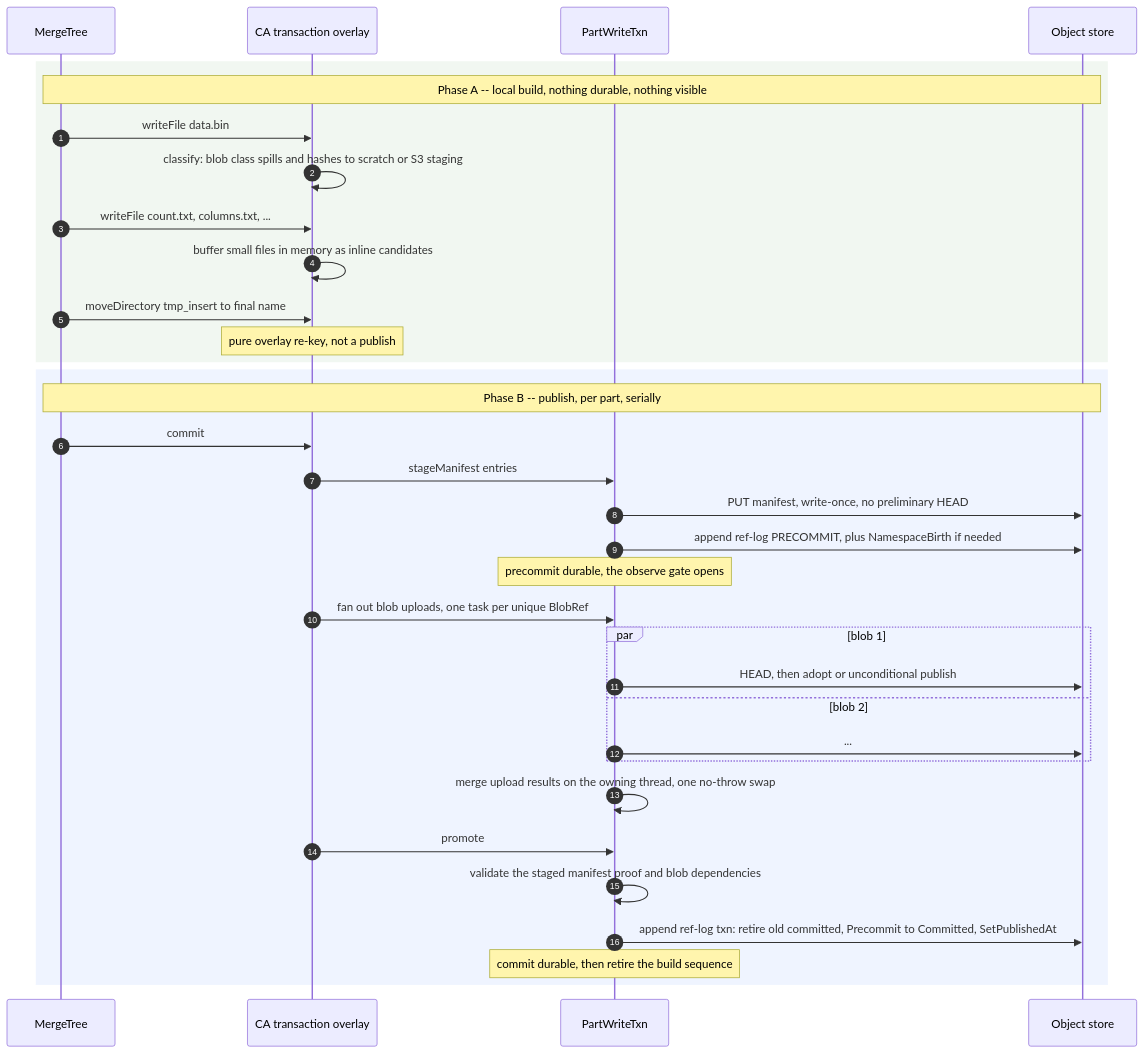
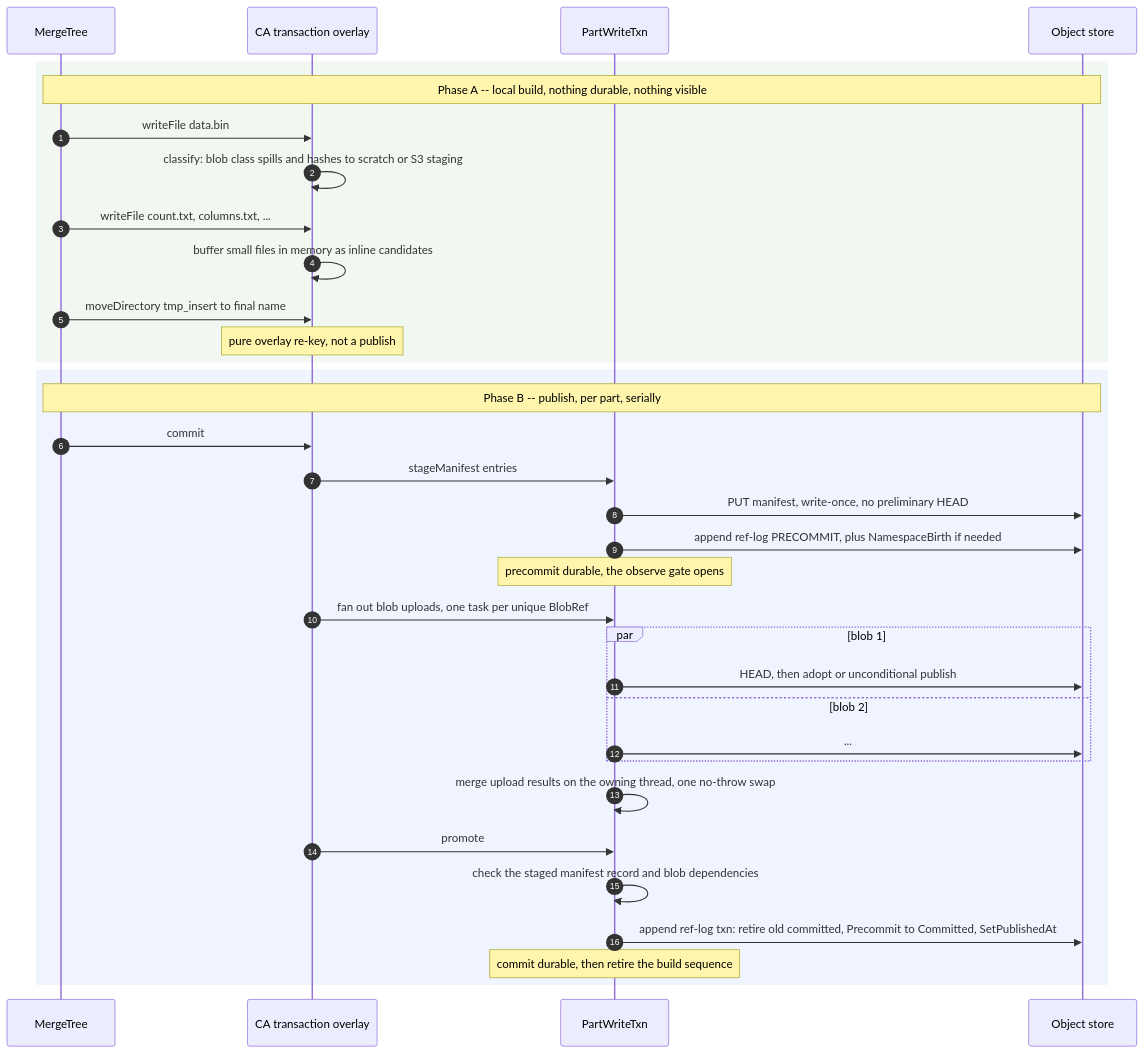
The diagram in docs/en/antalya/cas/architecture/part-lifecycle.md (Altinity/ClickHouse), drawn with Mermaid before and after one commit. The commit also changed 3 other files, not shown here.

First line of the commit message:
Rename `StagedManifestProof` to `StagedManifest`

````diff
--- a/docs/en/antalya/cas/architecture/part-lifecycle.md
+++ b/docs/en/antalya/cas/architecture/part-lifecycle.md
@@ -23,38 +23,38 @@
 ```mermaid
 sequenceDiagram
     autonumber
     participant MT as MergeTree
     participant TX as CA transaction overlay
     participant PW as PartWriteTxn
     participant S3 as Object store
 
     rect rgba(140,190,140,0.12)
     Note over MT,S3: Phase A -- local build, nothing durable, nothing visible
     MT->>TX: writeFile data.bin
     TX->>TX: classify: blob class spills and hashes to scratch or S3 staging
     MT->>TX: writeFile count.txt, columns.txt, ...
     TX->>TX: buffer small files in memory as inline candidates
     MT->>TX: moveDirectory tmp_insert to final name
     Note over TX: pure overlay re-key, not a publish
     end
 
     rect rgba(120,160,255,0.12)
     Note over MT,S3: Phase B -- publish, per part, serially
     MT->>TX: commit
     TX->>PW: stageManifest entries
     PW->>S3: PUT manifest, write-once, no preliminary HEAD
     PW->>S3: append ref-log PRECOMMIT, plus NamespaceBirth if needed
     Note over PW: precommit durable, the observe gate opens
     TX->>PW: fan out blob uploads, one task per unique BlobRef
     par blob 1
         PW->>S3: HEAD, then adopt or unconditional publish
     and blob 2
         PW->>S3: ...
     end
     PW->>PW: merge upload results on the owning thread, one no-throw swap
     TX->>PW: promote
-    PW->>PW: validate the staged manifest proof and blob dependencies
+    PW->>PW: check the staged manifest record and blob dependencies
     PW->>S3: append ref-log txn: retire old committed, Precommit to Committed, SetPublishedAt
     Note over PW: commit durable, then retire the build sequence
     end
 ```
````
